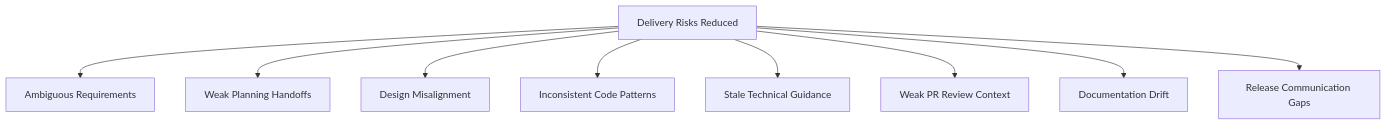
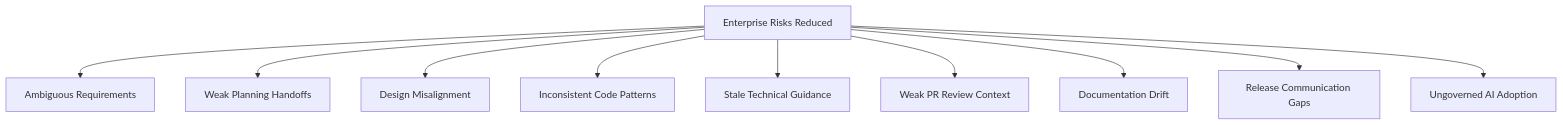
Before and after one commit to refat-asadullah-creolytix-dev/refat-asadullah-creolytix-dev: diagram 17 of 21 in creolytix-ai-delivery-model.md, drawn with Mermaid. The commit also changed other lines of this file, not shown here.

````diff
--- a/creolytix-ai-delivery-model.md
+++ b/creolytix-ai-delivery-model.md
@@ -466,11 +486,12 @@
 ```mermaid
 flowchart TB
-    A[Delivery Risks Reduced] --> B[Ambiguous Requirements]
+    A[Enterprise Risks Reduced] --> B[Ambiguous Requirements]
     A --> C[Weak Planning Handoffs]
     A --> D[Design Misalignment]
     A --> E[Inconsistent Code Patterns]
     A --> F[Stale Technical Guidance]
     A --> G[Weak PR Review Context]
     A --> H[Documentation Drift]
     A --> I[Release Communication Gaps]
+    A --> J[Ungoverned AI Adoption]
 ```
````
